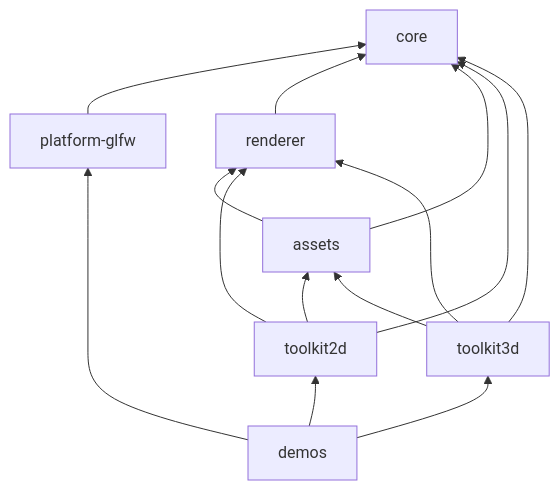
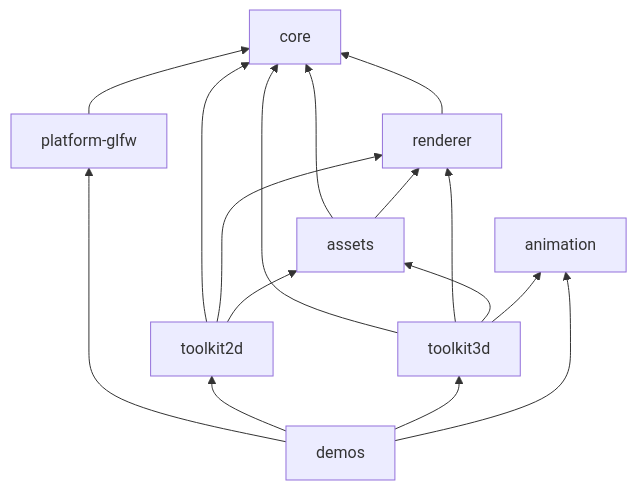
Before and after one commit to raffrz/java-game-engine: the diagram in README.md, drawn with Mermaid. The commit also changed other lines of this file and 8 other files, not shown here.

````diff
--- a/README.md
+++ b/README.md
@@ -122,17 +149,19 @@
 ```mermaid
 graph BT
     core
     platform-glfw --> core
     renderer --> core
     assets --> core
     assets --> renderer
     toolkit2d --> core
     toolkit2d --> renderer
     toolkit2d --> assets
     toolkit3d --> core
     toolkit3d --> renderer
     toolkit3d --> assets
+    toolkit3d --> animation
     demos --> platform-glfw
     demos --> toolkit2d
     demos --> toolkit3d
+    demos --> animation
 ```
````
